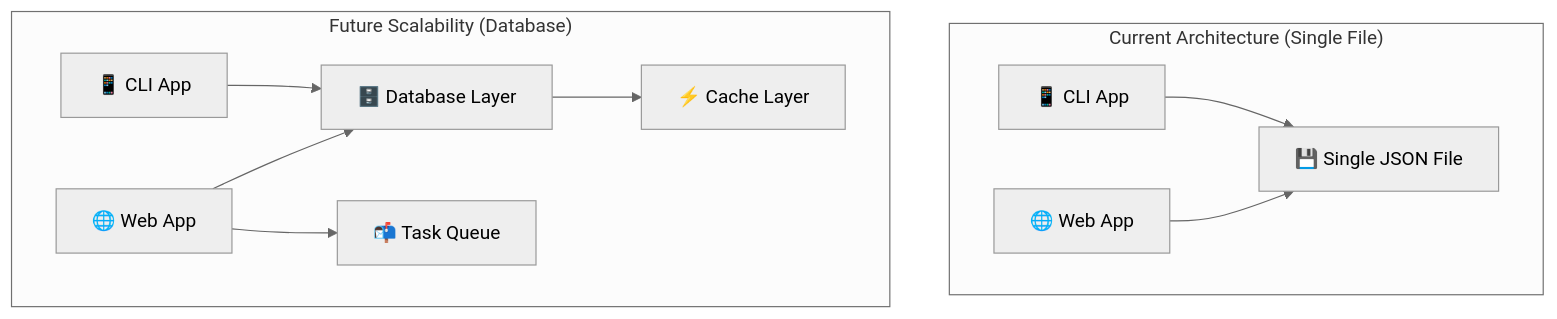
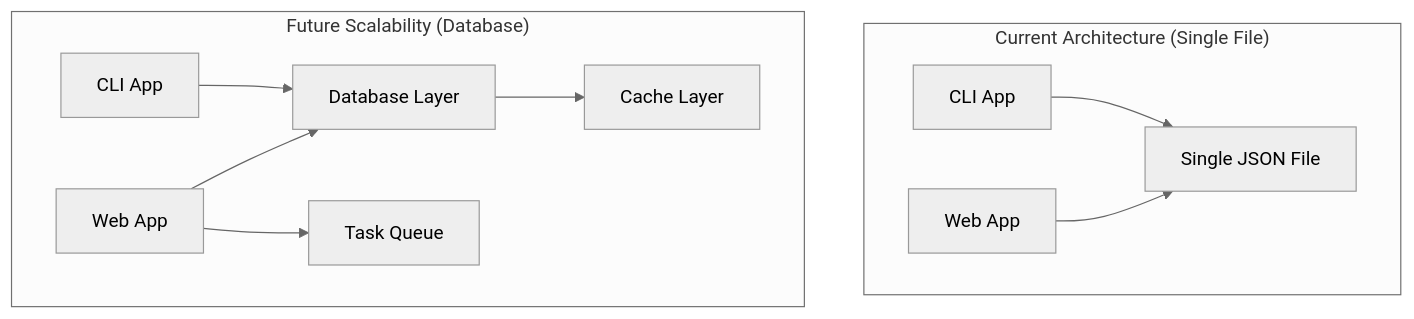
One commit to vickeycheng/AI_Test changed diagram 13 of 18 in shared/design_document.md. Above: the diagram before and after it, drawn with Mermaid (neutral theme). The commit also changed other lines of this file, not shown here.

````diff
--- a/shared/design_document.md
+++ b/shared/design_document.md
@@ -693,24 +693,24 @@
 ```mermaid
 graph TD
-    subgraph "Current Architecture (Single File)"
-        CLI_APP[📱 CLI App]
-        WEB_APP[🌐 Web App]
-        JSON_FILE[💾 Single JSON File]
-    end
-    
-    subgraph "Future Scalability (Database)"
-        CLI_SCALE[📱 CLI App]
-        WEB_SCALE[🌐 Web App] 
-        DB_LAYER[🗄️ Database Layer]
-        CACHE[⚡ Cache Layer]
-        QUEUE[📬 Task Queue]
-    end
-    
-    CLI_APP --> JSON_FILE
-    WEB_APP --> JSON_FILE
-    
-    CLI_SCALE --> DB_LAYER
-    WEB_SCALE --> DB_LAYER
-    DB_LAYER --> CACHE
-    WEB_SCALE --> QUEUE
+ subgraph "Current Architecture (Single File)"
+ CLI_APP[ CLI App]
+ WEB_APP[ Web App]
+ JSON_FILE[ Single JSON File]
+ end
+ 
+ subgraph "Future Scalability (Database)"
+ CLI_SCALE[ CLI App]
+ WEB_SCALE[ Web App] 
+ DB_LAYER[ Database Layer]
+ CACHE[ Cache Layer]
+ QUEUE[ Task Queue]
+ end
+ 
+ CLI_APP --> JSON_FILE
+ WEB_APP --> JSON_FILE
+ 
+ CLI_SCALE --> DB_LAYER
+ WEB_SCALE --> DB_LAYER
+ DB_LAYER --> CACHE
+ WEB_SCALE --> QUEUE
 ```
````
